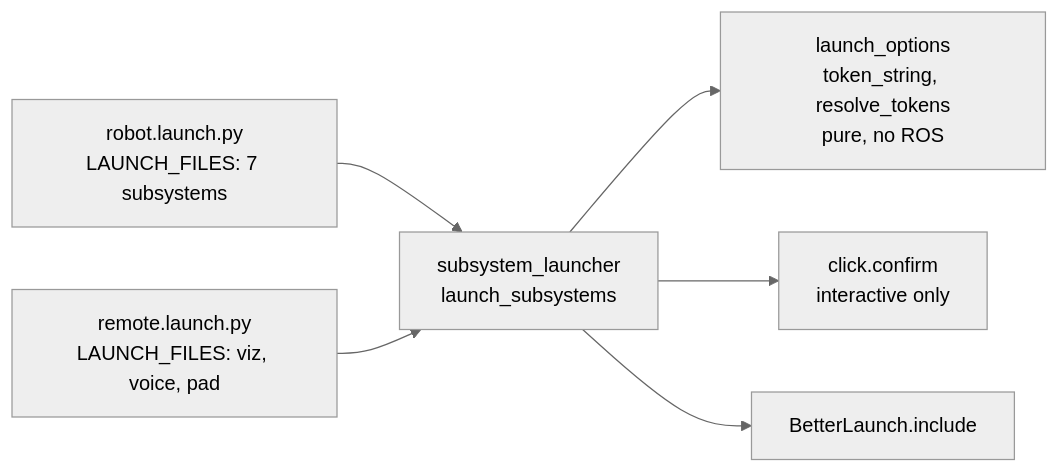
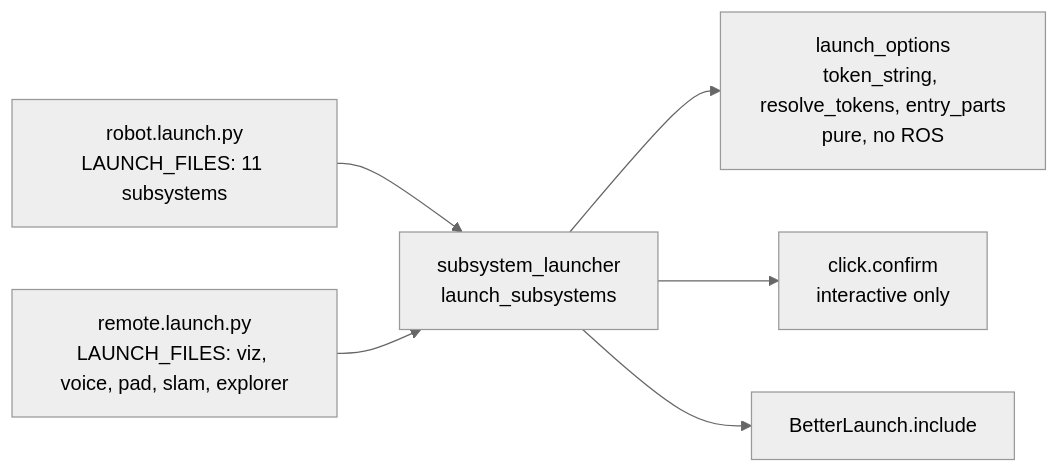
The first of 3 diagrams in process/01-literate/04-robot_orchestrator.md (Boston-Robot-Hackers/dome2), drawn with Mermaid (neutral theme) before and after one commit. The commit also changed other lines of this file and 12 other files, not shown here.

First line of the commit message:
F10: per-entry launch arguments; dome_nav units on both launchers

````diff
--- a/process/01-literate/04-robot_orchestrator.md
+++ b/process/01-literate/04-robot_orchestrator.md
@@ -21,8 +21,8 @@
 ```mermaid
 flowchart LR
-    R[robot.launch.py<br/>LAUNCH_FILES: 7 subsystems] --> L[subsystem_launcher<br/>launch_subsystems]
-    M[remote.launch.py<br/>LAUNCH_FILES: viz, voice, pad] --> L
-    L --> O[launch_options<br/>token_string, resolve_tokens<br/>pure, no ROS]
+    R[robot.launch.py<br/>LAUNCH_FILES: 11 subsystems] --> L[subsystem_launcher<br/>launch_subsystems]
+    M[remote.launch.py<br/>LAUNCH_FILES: viz, voice, pad, slam, explorer] --> L
+    L --> O[launch_options<br/>token_string, resolve_tokens, entry_parts<br/>pure, no ROS]
     L --> C[click.confirm<br/>interactive only]
     L --> B[BetterLaunch.include]
 ```
````
